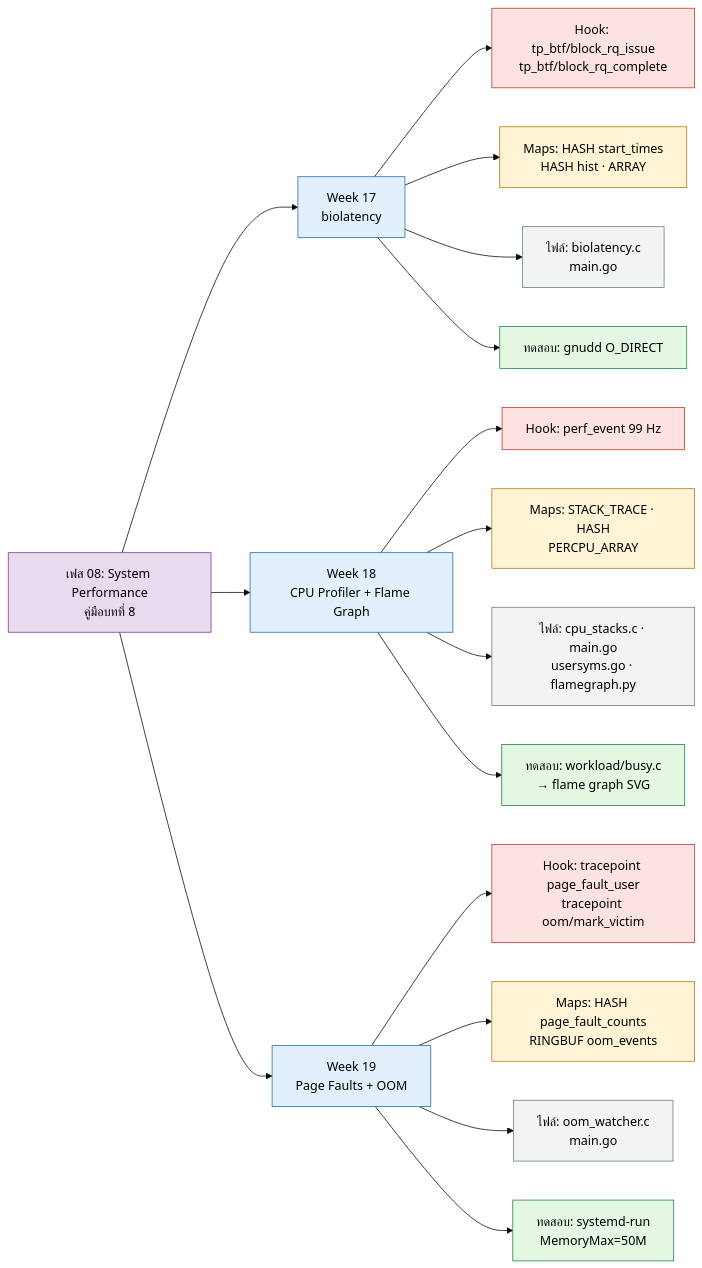
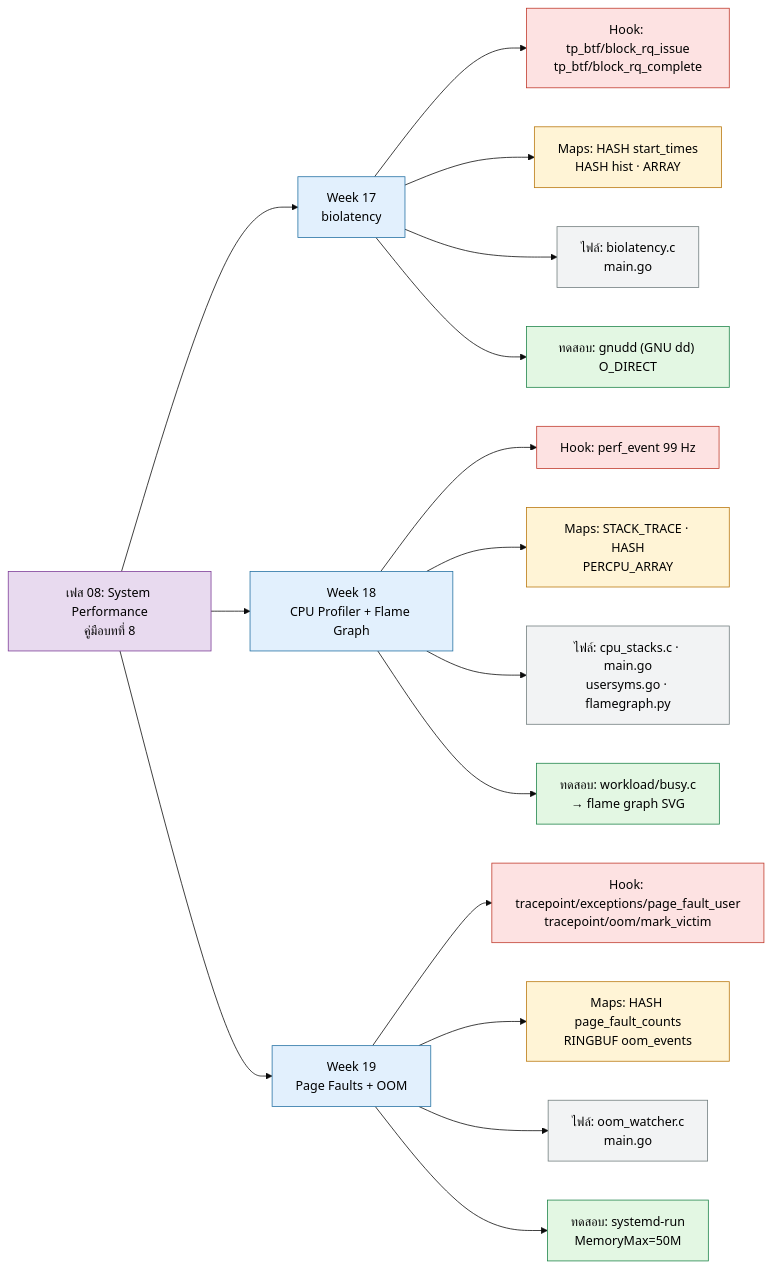
One commit to alfaXphoori/ebpf changed the ninth of 12 diagrams in docs/CONTENT_TREE.md. Above: the diagram before and after it, drawn with Mermaid (base theme). The commit also changed other lines of this file and 27 other files, not shown here.

First line of the commit message:
docs: fix diagram accuracy and unify diagram conventions

````diff
--- a/docs/CONTENT_TREE.md
+++ b/docs/CONTENT_TREE.md
@@ -374,34 +374,34 @@
 ```mermaid
 flowchart LR
     P08["เฟส 08: System Performance<br/>คู่มือบทที่ 8"]
     P08 --> W17["Week 17<br/>biolatency"]
     W17 --> W17H["Hook: tp_btf/block_rq_issue<br/>tp_btf/block_rq_complete"]
     W17 --> W17M["Maps: HASH start_times<br/>HASH hist · ARRAY"]
     W17 --> W17F["ไฟล์: biolatency.c<br/>main.go"]
-    W17 --> W17T["ทดสอบ: gnudd O_DIRECT"]
+    W17 --> W17T["ทดสอบ: gnudd (GNU dd) O_DIRECT"]
     P08 --> W18["Week 18<br/>CPU Profiler + Flame Graph"]
     W18 --> W18H["Hook: perf_event 99 Hz"]
     W18 --> W18M["Maps: STACK_TRACE · HASH<br/>PERCPU_ARRAY"]
     W18 --> W18F["ไฟล์: cpu_stacks.c · main.go<br/>usersyms.go · flamegraph.py"]
     W18 --> W18T["ทดสอบ: workload/busy.c<br/>→ flame graph SVG"]
     P08 --> W19["Week 19<br/>Page Faults + OOM"]
-    W19 --> W19H["Hook: tracepoint page_fault_user<br/>tracepoint oom/mark_victim"]
+    W19 --> W19H["Hook: tracepoint/exceptions/page_fault_user<br/>tracepoint/oom/mark_victim"]
     W19 --> W19M["Maps: HASH page_fault_counts<br/>RINGBUF oom_events"]
     W19 --> W19F["ไฟล์: oom_watcher.c<br/>main.go"]
     W19 --> W19T["ทดสอบ: systemd-run<br/>MemoryMax=50M"]
 
     classDef root fill:#2c3e50,stroke:#1b2631,color:#fff
     classDef phase fill:#e8daef,stroke:#7d3c98,color:#000
     classDef week fill:#e2f0fd,stroke:#2471a3,color:#000
     classDef hook fill:#fde2e2,stroke:#c0392b,color:#000
     classDef map fill:#fff4d6,stroke:#b9770e,color:#000
     classDef file fill:#f2f3f4,stroke:#717d7e,color:#000
     classDef test fill:#e3f7e3,stroke:#1e8449,color:#000
     classDef doc fill:#fdebd0,stroke:#ca6f1e,color:#000
     class P08 phase
     class W17,W18,W19 week
     class W17H,W18H,W19H hook
     class W17M,W18M,W19M map
     class W17F,W18F,W19F file
     class W17T,W18T,W19T test
 ```
````
